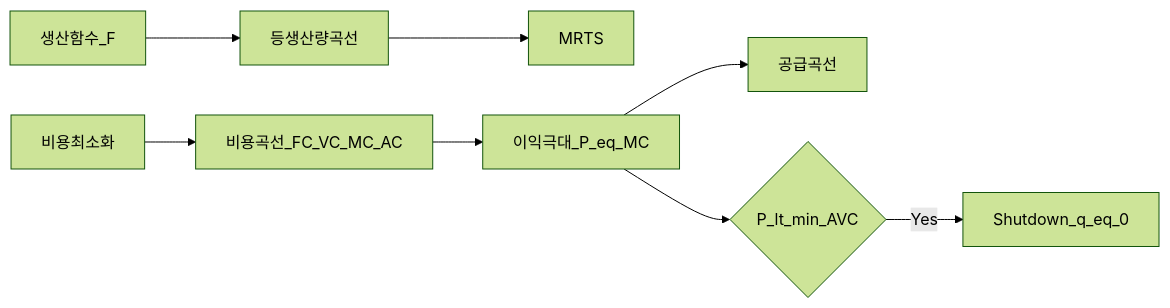
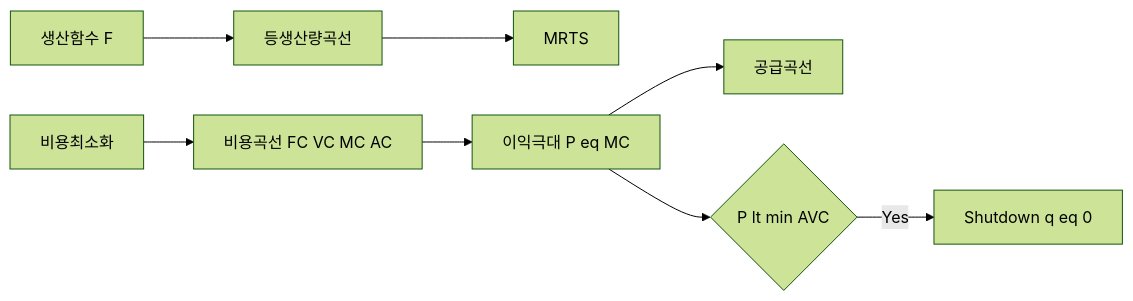
The first of 5 diagrams in 02-economics/micro-02-production-cost-supply.md (goldanghenry/Finances), drawn with Mermaid (forest theme) before and after one commit. The commit also changed other lines of this file and 211 other files, not shown here.

````diff
--- a/02-economics/micro-02-production-cost-supply.md
+++ b/02-economics/micro-02-production-cost-supply.md
@@ -107,10 +123,10 @@
 ```mermaid
 flowchart LR
-  PF[생산함수_F] --> ISO[등생산량곡선]
+  PF["생산함수 F"] --> ISO[등생산량곡선]
   ISO --> MRTS[MRTS]
-  CM[비용최소화] --> CC[비용곡선_FC_VC_MC_AC]
-  CC --> PM[이익극대_P_eq_MC]
+  CM[비용최소화] --> CC["비용곡선 FC VC MC AC"]
+  CC --> PM["이익극대 P eq MC"]
   PM --> SUP[공급곡선]
-  PM --> SD{P_lt_min_AVC}
-  SD -->|Yes| SHUT[Shutdown_q_eq_0]
+  PM --> SD{"P lt min AVC"}
+  SD -->|Yes| SHUT["Shutdown q eq 0"]
 ```
````
